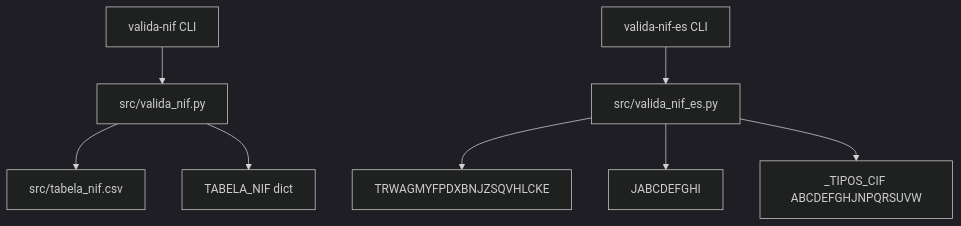
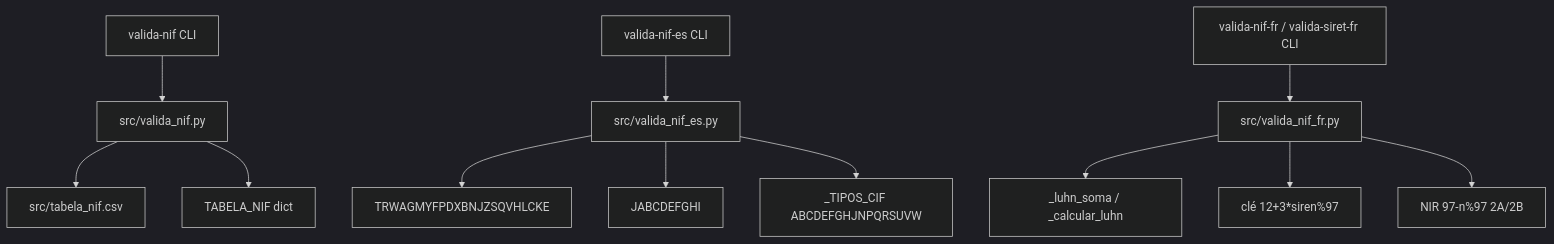
The fourth of 5 diagrams in docs/arquitetura.md (nunoetome/valida_nif_py), drawn with Mermaid (dark theme) before and after one commit. The commit also changed other lines of this file and 7 other files, not shown here.

````diff
--- a/docs/arquitetura.md
+++ b/docs/arquitetura.md
@@ -58,10 +87,14 @@
 ```mermaid
 graph TD
     CLI_PT[valida-nif CLI] --> MOD_PT[src/valida_nif.py]
     CLI_ES[valida-nif-es CLI] --> MOD_ES[src/valida_nif_es.py]
+    CLI_FR[valida-nif-fr / valida-siret-fr CLI] --> MOD_FR[src/valida_nif_fr.py]
     MOD_PT --> CSV[src/tabela_nif.csv]
     MOD_PT --> TABELA[TABELA_NIF dict]
     MOD_ES --> T_DNI[TRWAGMYFPDXBNJZSQVHLCKE]
     MOD_ES --> M_CIF[JABCDEFGHI]
     MOD_ES --> TIPOS[_TIPOS_CIF ABCDEFGHJNPQRSUVW]
+    MOD_FR --> LUHN[_luhn_soma / _calcular_luhn]
+    MOD_FR --> TVA_TVA[clé 12+3*siren%97]
+    MOD_FR --> NIR[NIR 97-n%97 2A/2B]
 ```
````
